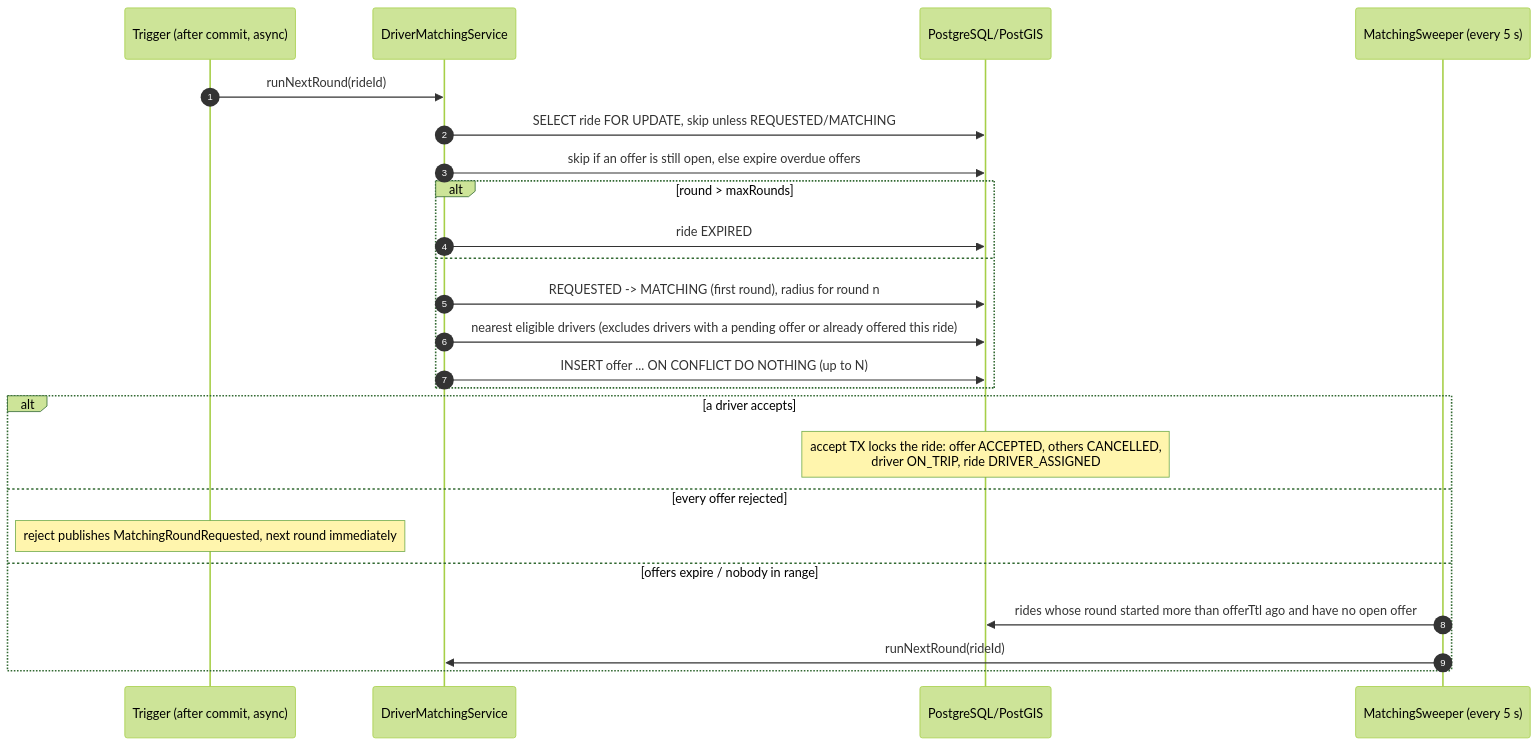
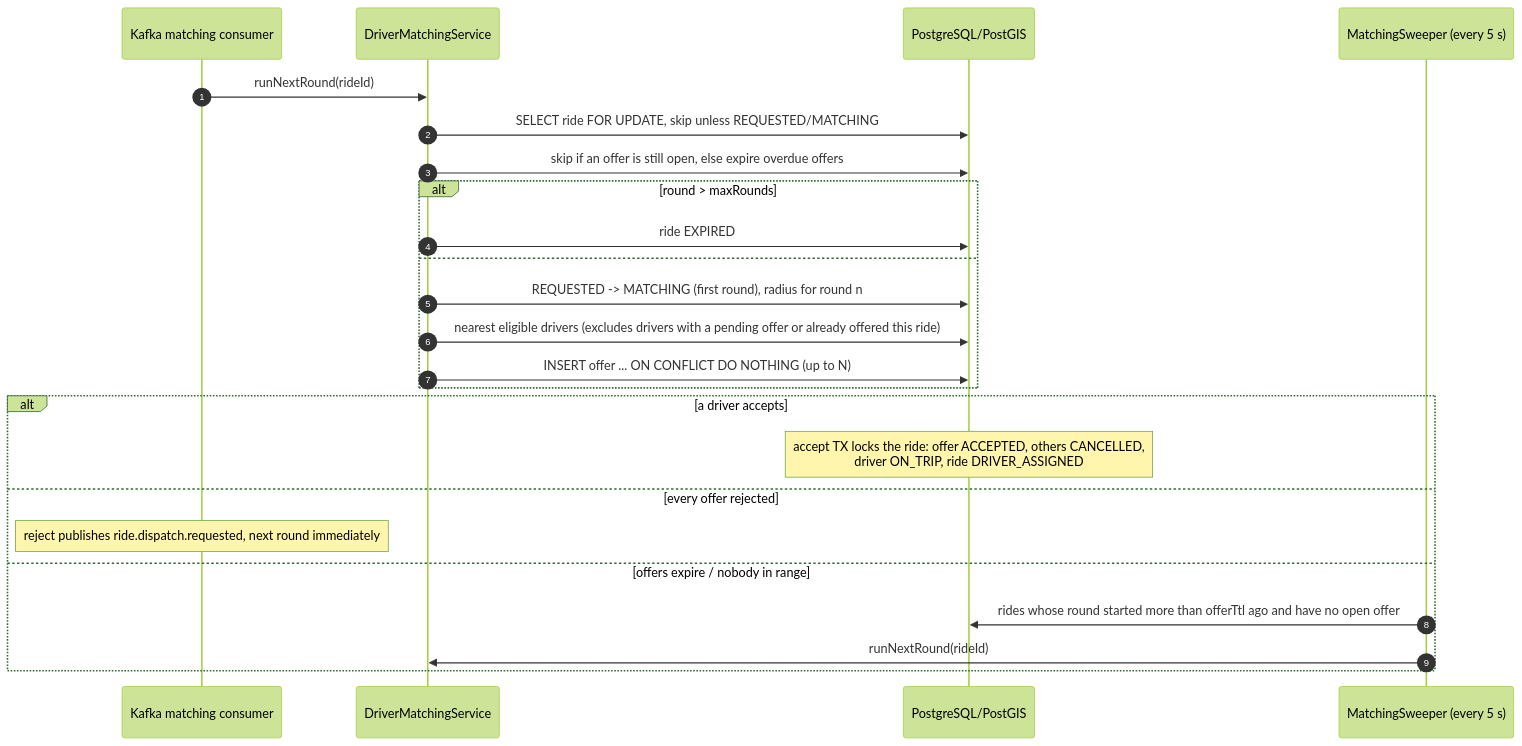
One commit to saitharun1903/Rapo changed the fourth of 10 diagrams in docs/architecture.md. Above: the diagram before and after it, drawn with Mermaid (forest theme). The commit also changed other lines of this file and 121 other files, not shown here.

````diff
--- a/docs/architecture.md
+++ b/docs/architecture.md
@@ -301,27 +305,27 @@
 ```mermaid
 sequenceDiagram
     autonumber
-    participant T as Trigger (after commit, async)
+    participant T as Kafka matching consumer
     participant M as DriverMatchingService
     participant PG as PostgreSQL/PostGIS
     participant S as MatchingSweeper (every 5 s)
 
     T->>M: runNextRound(rideId)
     M->>PG: SELECT ride FOR UPDATE, skip unless REQUESTED/MATCHING
     M->>PG: skip if an offer is still open, else expire overdue offers
     alt round > maxRounds
         M->>PG: ride EXPIRED
     else
         M->>PG: REQUESTED -> MATCHING (first round), radius for round n
         M->>PG: nearest eligible drivers (excludes drivers with a pending offer or already offered this ride)
         M->>PG: INSERT offer ... ON CONFLICT DO NOTHING (up to N)
     end
     alt a driver accepts
         Note over PG: accept TX locks the ride: offer ACCEPTED, others CANCELLED,<br/>driver ON_TRIP, ride DRIVER_ASSIGNED
     else every offer rejected
-        Note over T: reject publishes MatchingRoundRequested, next round immediately
+        Note over T: reject publishes ride.dispatch.requested, next round immediately
     else offers expire / nobody in range
         S->>PG: rides whose round started more than offerTtl ago and have no open offer
         S->>M: runNextRound(rideId)
     end
 ```
````
